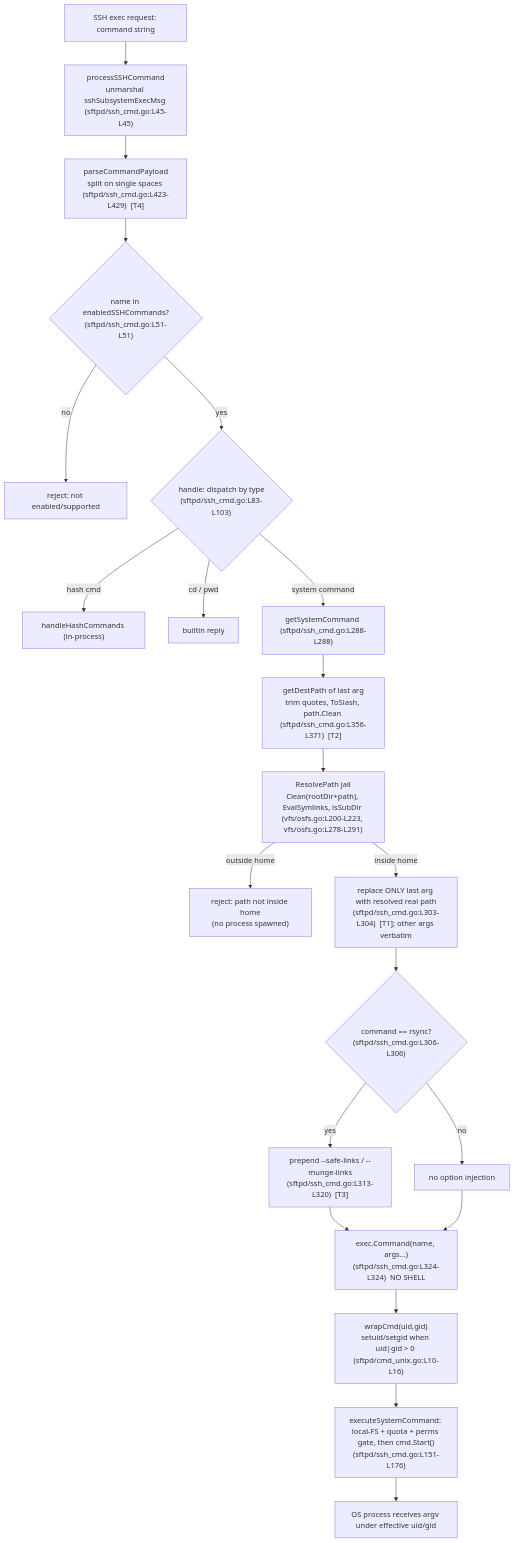
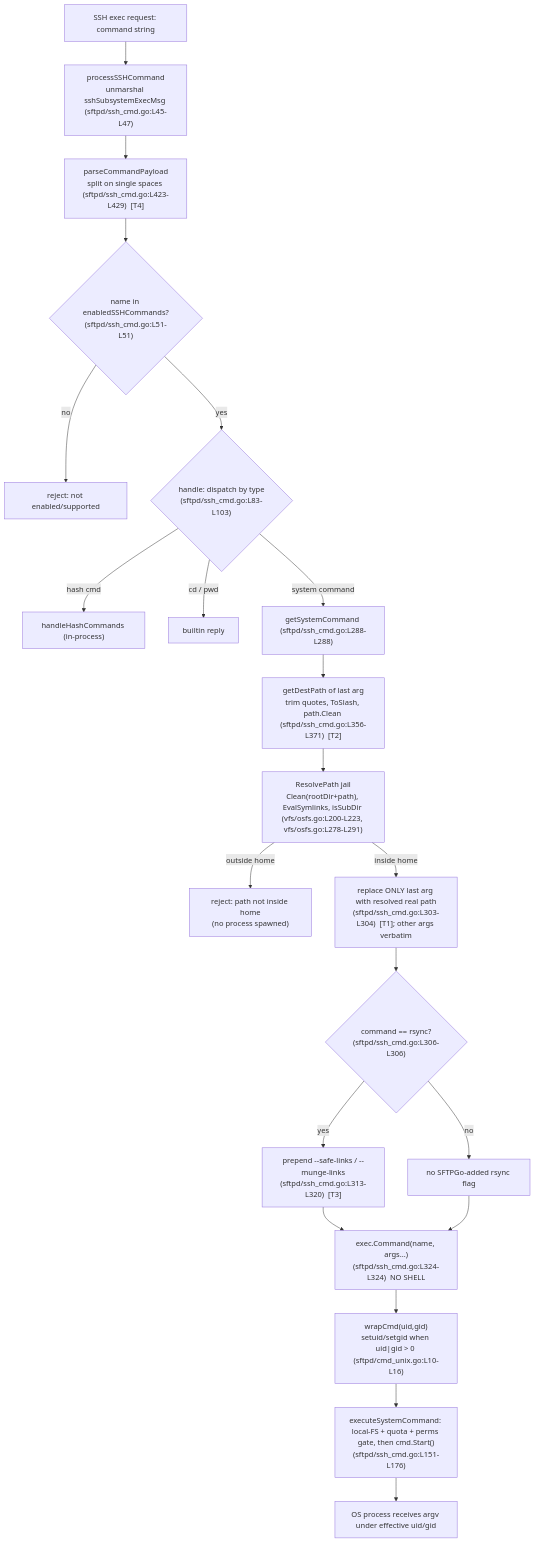
One commit to blitzy-research/sftpgo changed the diagram in blitzy/documentation/sftpgo_44634210287c.md. Above: the diagram before and after it, drawn with Mermaid. The commit also changed other lines of this file, not shown here.

First line of the commit message:
docs(sftpgo forensics): address QA FINAL_ALT findings in argv forensics report

````diff
--- a/blitzy/documentation/sftpgo_44634210287c.md
+++ b/blitzy/documentation/sftpgo_44634210287c.md
@@ -325,23 +399,23 @@
 ```mermaid
 flowchart TD
-    A["SSH exec request: command string"] --> B["processSSHCommand\nunmarshal sshSubsystemExecMsg (sftpd/ssh_cmd.go:L45-L45)"]
+    A["SSH exec request: command string"] --> B["processSSHCommand\nunmarshal sshSubsystemExecMsg (sftpd/ssh_cmd.go:L45-L47)"]
     B --> C["parseCommandPayload\nsplit on single spaces (sftpd/ssh_cmd.go:L423-L429)  [T4]"]
     C --> D{"name in enabledSSHCommands?\n(sftpd/ssh_cmd.go:L51-L51)"}
     D -- no --> X["reject: not enabled/supported"]
     D -- yes --> E{"handle: dispatch by type\n(sftpd/ssh_cmd.go:L83-L103)"}
     E -- "hash cmd" --> H["handleHashCommands (in-process)"]
     E -- "cd / pwd" --> P["builtin reply"]
     E -- "system command" --> F["getSystemCommand (sftpd/ssh_cmd.go:L288-L288)"]
     F --> G["getDestPath of last arg\ntrim quotes, ToSlash, path.Clean (sftpd/ssh_cmd.go:L356-L371)  [T2]"]
     G --> R["ResolvePath jail\nClean(rootDir+path), EvalSymlinks, isSubDir (vfs/osfs.go:L200-L223, vfs/osfs.go:L278-L291)"]
     R -- "outside home" --> XR["reject: path not inside home\n(no process spawned)"]
     R -- "inside home" --> I["replace ONLY last arg with resolved real path\n(sftpd/ssh_cmd.go:L303-L304)  [T1]; other args verbatim"]
     I --> J{"command == rsync?\n(sftpd/ssh_cmd.go:L306-L306)"}
     J -- yes --> K["prepend --safe-links / --munge-links\n(sftpd/ssh_cmd.go:L313-L320)  [T3]"]
-    J -- no --> L["no option injection"]
+    J -- no --> L["no SFTPGo-added rsync flag"]
     K --> M["exec.Command(name, args...)\n(sftpd/ssh_cmd.go:L324-L324)  NO SHELL"]
     L --> M
     M --> N["wrapCmd(uid,gid)\nsetuid/setgid when uid|gid > 0 (sftpd/cmd_unix.go:L10-L16)"]
     N --> O["executeSystemCommand: local-FS + quota + perms gate, then cmd.Start()\n(sftpd/ssh_cmd.go:L151-L176)"]
     O --> Q["OS process receives argv under effective uid/gid"]
 ```
````
